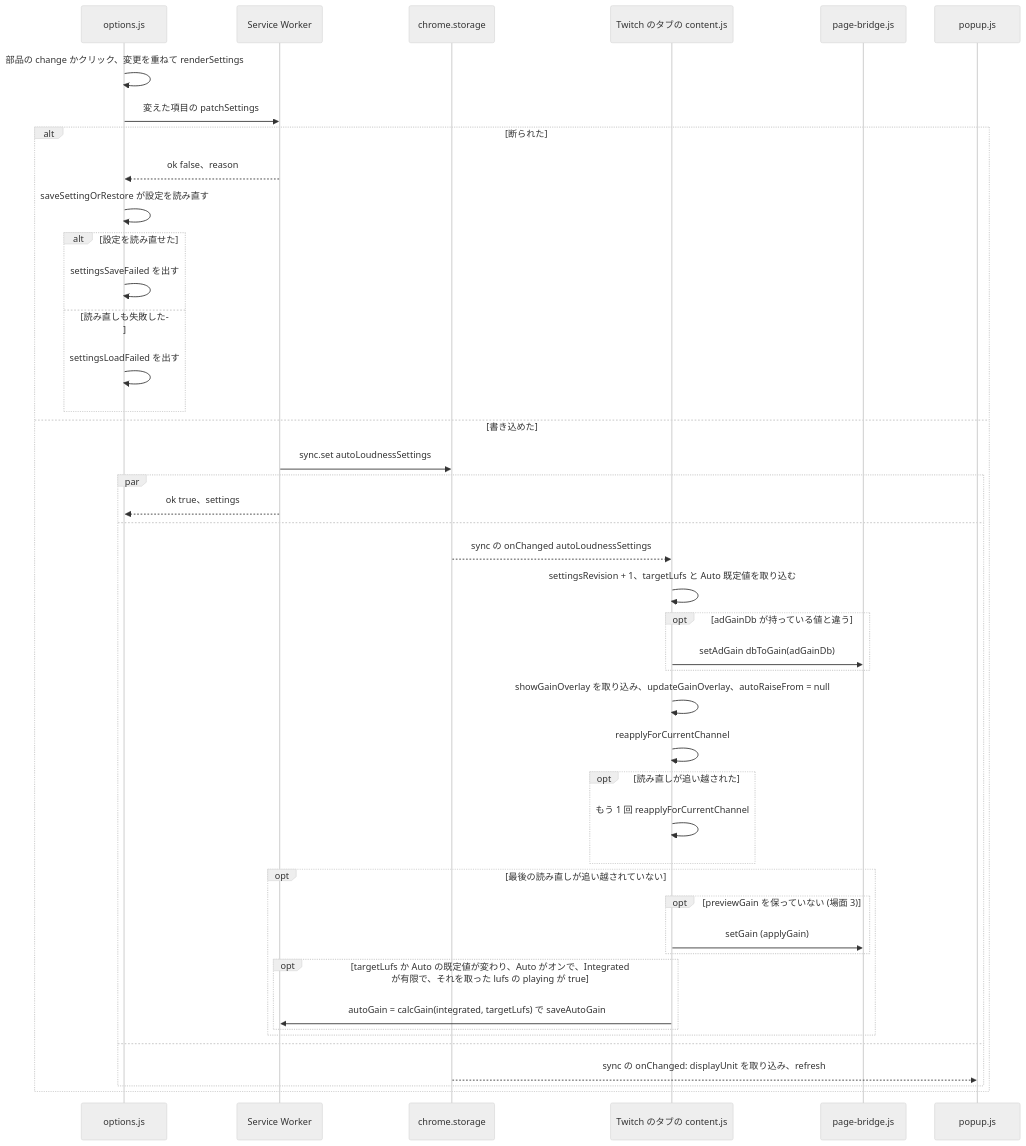
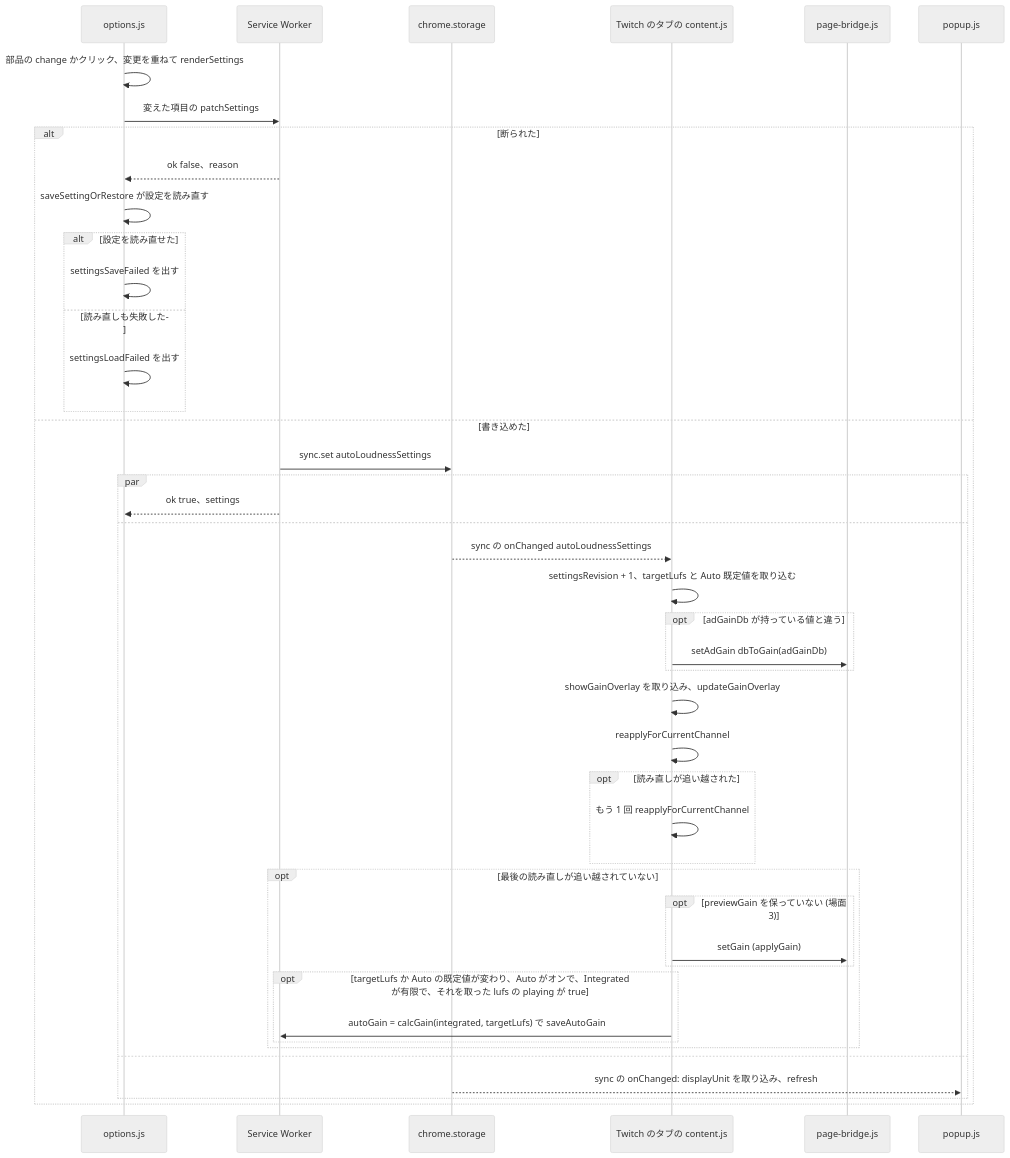
One commit to semnil/twitch-channel-volume changed diagram 13 of 17 in docs/gain-change-and-save.ja.md. Above: the diagram before and after it, drawn with Mermaid (neutral theme). The commit also changed other lines of this file and 4 other files, not shown here.

Commit message:
docs: describe Auto as playing the gain the Integrated value asks for

````diff
--- a/docs/gain-change-and-save.ja.md
+++ b/docs/gain-change-and-save.ja.md
@@ -582,46 +579,46 @@
 ```mermaid
 sequenceDiagram
   participant options as options.js
   participant sw as Service Worker
   participant storage as chrome.storage
   participant content as Twitch のタブの content.js
   participant bridge as page-bridge.js
   participant popup as popup.js
   options->>options: 部品の change かクリック、変更を重ねて renderSettings
   options->>sw: 変えた項目の patchSettings
   alt 断られた
     sw-->>options: ok false、reason
     options->>options: saveSettingOrRestore が設定を読み直す
     alt 設定を読み直せた
       options->>options: settingsSaveFailed を出す
     else 読み直しも失敗した
       options->>options: settingsLoadFailed を出す
     end
   else 書き込めた
     sw->>storage: sync.set autoLoudnessSettings
     par
       sw-->>options: ok true、settings
     and
       storage-->>content: sync の onChanged autoLoudnessSettings
       content->>content: settingsRevision + 1、targetLufs と Auto 既定値を取り込む
       opt adGainDb が持っている値と違う
         content->>bridge: setAdGain dbToGain(adGainDb)
       end
-      content->>content: showGainOverlay を取り込み、updateGainOverlay、autoRaiseFrom = null
+      content->>content: showGainOverlay を取り込み、updateGainOverlay
       content->>content: reapplyForCurrentChannel
       opt 読み直しが追い越された
         content->>content: もう 1 回 reapplyForCurrentChannel
       end
       opt 最後の読み直しが追い越されていない
         opt previewGain を保っていない (場面 3)
           content->>bridge: setGain (applyGain)
         end
         opt targetLufs か Auto の既定値が変わり、Auto がオンで、Integrated が有限で、それを取った lufs の playing が true
           content->>sw: autoGain = calcGain(integrated, targetLufs) で saveAutoGain
         end
       end
     and
       storage-->>popup: sync の onChanged: displayUnit を取り込み、refresh
     end
   end
 ```
````
